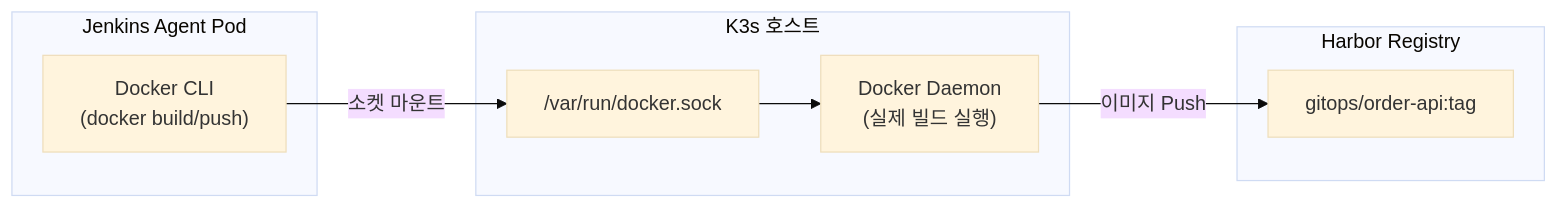
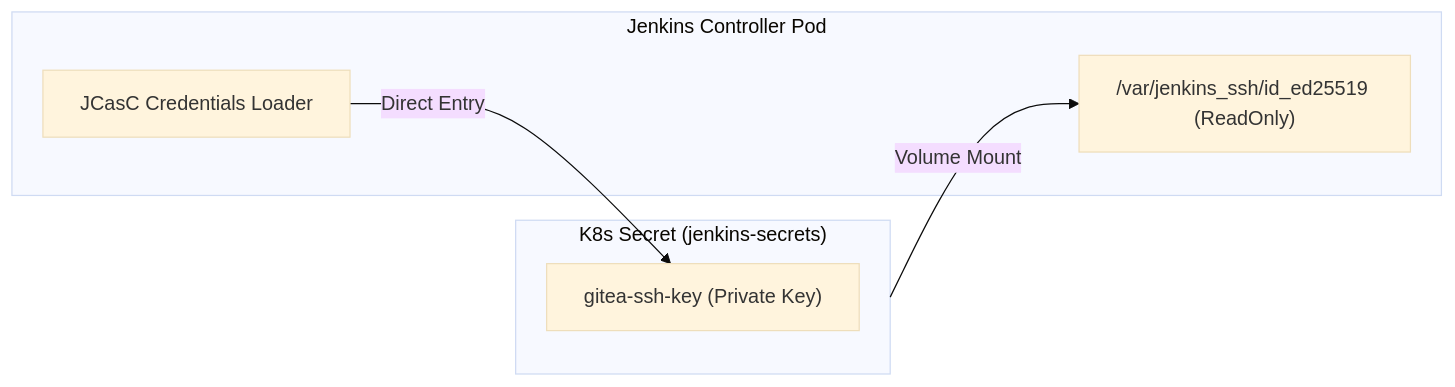
One commit to powerok/gitops-pipeline changed the diagram in docs/04-jenkins-setup.md. Above: the diagram before and after it, drawn with Mermaid (base theme). The commit also changed other lines of this file and 4 other files, not shown here.

````diff
--- a/docs/04-jenkins-setup.md
+++ b/docs/04-jenkins-setup.md
@@ -61,19 +68,14 @@
 ```mermaid
 graph LR
-    subgraph JenkinsPod["Jenkins Agent Pod"]
-        DOCKER_CLI["Docker CLI\n(docker build/push)"]
+    subgraph Secret["K8s Secret (jenkins-secrets)"]
+        KEY["gitea-ssh-key (Private Key)"]
     end
 
-    subgraph Host["K3s 호스트"]
-        DOCKER_SOCK["/var/run/docker.sock"]
-        DOCKER_DAEMON["Docker Daemon\n(실제 빌드 실행)"]
+    subgraph Pod["Jenkins Controller Pod"]
+        VOL["/var/jenkins_ssh/id_ed25519 (ReadOnly)"]
+        JCasC["JCasC Credentials Loader"]
     end
 
-    subgraph Harbor["Harbor Registry"]
-        IMG["gitops/order-api:tag"]
-    end
-
-    DOCKER_CLI -->|소켓 마운트| DOCKER_SOCK
-    DOCKER_SOCK --> DOCKER_DAEMON
-    DOCKER_DAEMON -->|이미지 Push| IMG
+    Secret -->|Volume Mount| VOL
+    JCasC -->|Direct Entry| KEY
 ```
````
